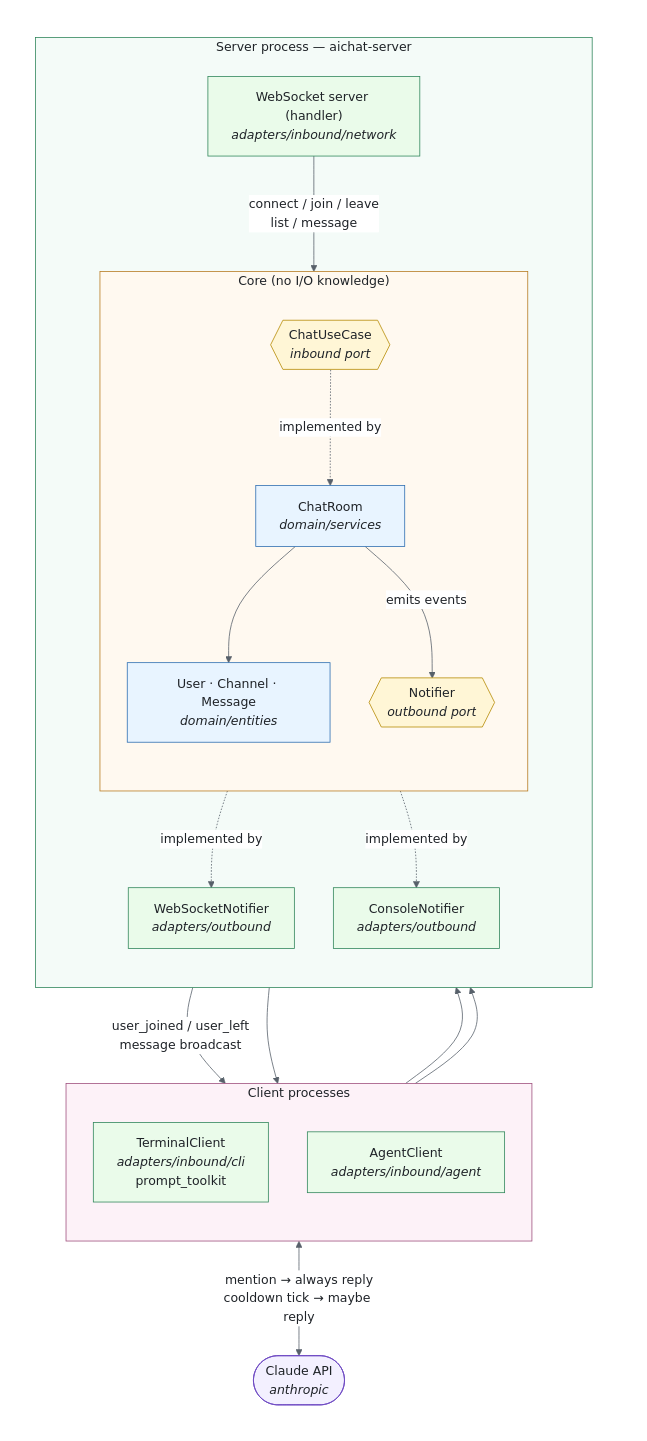
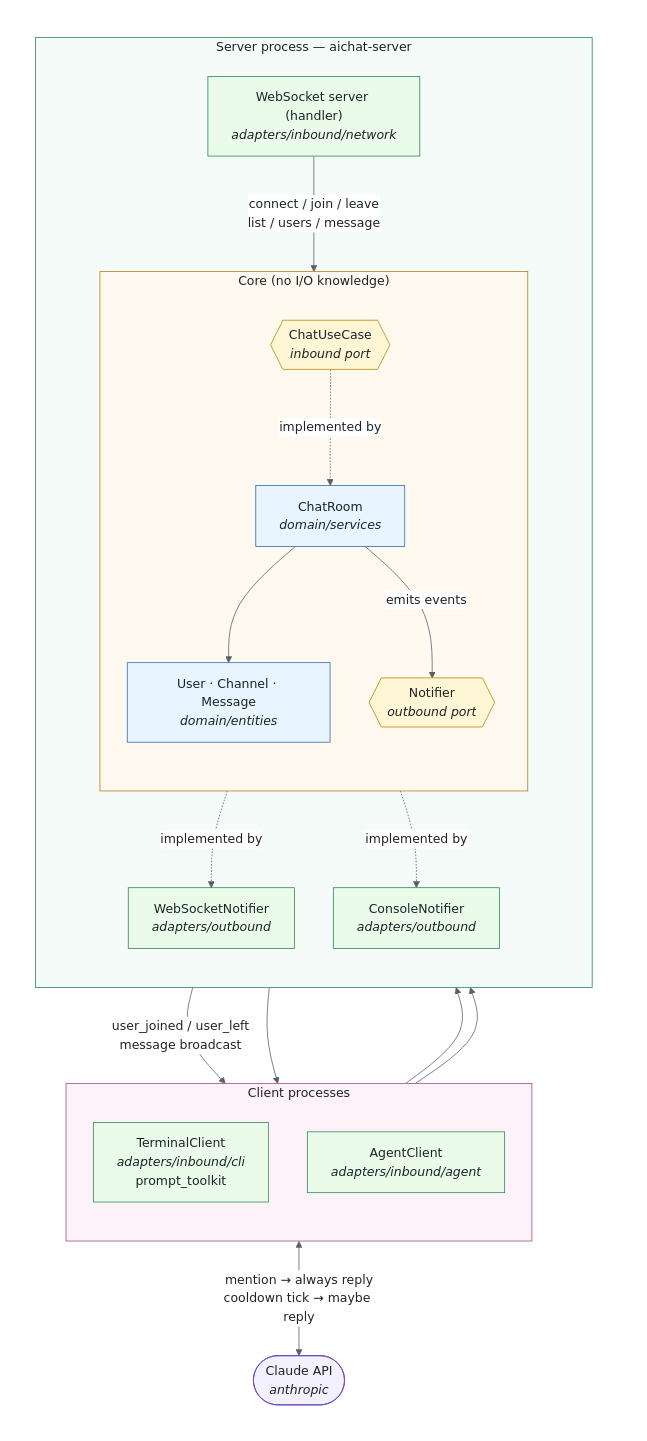
The diagram in README.md (michalcichon/ai-chat-room), drawn with Mermaid before and after one commit. The commit also changed other lines of this file and 7 other files, not shown here.

First line of the commit message:
Add /users command and give agents the user list (#8)

````diff
--- a/README.md
+++ b/README.md
@@ -47,76 +47,76 @@
 ```mermaid
 %%{init: {
   "theme": "base",
   "themeVariables": {
     "background": "#ffffff",
     "primaryColor": "#ffffff",
     "primaryTextColor": "#1f2328",
     "primaryBorderColor": "#57606a",
     "secondaryColor": "#ffffff",
     "tertiaryColor": "#ffffff",
     "mainBkg": "#ffffff",
     "textColor": "#1f2328",
     "lineColor": "#57606a",
     "edgeLabelBackground": "#ffffff",
     "clusterBkg": "#ffffff",
     "clusterBorder": "#8c959f",
     "titleColor": "#1f2328",
     "nodeTextColor": "#1f2328"
   }
 }}%%
 flowchart LR
     subgraph canvas[" "]
 
         subgraph clients["Client processes"]
             direction TB
             TC["TerminalClient<br/><i>adapters/inbound/cli</i><br/>prompt_toolkit"]
             AC["AgentClient<br/><i>adapters/inbound/agent</i>"]
         end
 
         API(["Claude API<br/><i>anthropic</i>"])
         AC <-->|"mention → always reply<br/>cooldown tick → maybe reply"| API
 
         subgraph server["Server process — aichat-server"]
             direction TB
 
             WS["WebSocket server (handler)<br/><i>adapters/inbound/network</i>"]
 
             subgraph core["Core (no I/O knowledge)"]
                 direction TB
                 IN{{"ChatUseCase<br/><i>inbound port</i>"}}
                 CR["ChatRoom<br/><i>domain/services</i>"]
                 ENT["User · Channel · Message<br/><i>domain/entities</i>"]
                 OUT{{"Notifier<br/><i>outbound port</i>"}}
                 IN -.->|implemented by| CR
                 CR --> ENT
                 CR -->|emits events| OUT
             end
 
             WSN["WebSocketNotifier<br/><i>adapters/outbound</i>"]
             CN["ConsoleNotifier<br/><i>adapters/outbound</i>"]
 
-            WS -->|"connect / join / leave<br/>list / message"| IN
+            WS -->|"connect / join / leave<br/>list / users / message"| IN
             OUT -.->|implemented by| WSN
             OUT -.->|implemented by| CN
         end
 
         TC --> WS
         AC --> WS
         WSN -->|"user_joined / user_left<br/>message broadcast"| TC
         WSN --> AC
     end
 
     classDef port fill:#fff6d6,stroke:#b58900,color:#1f2328
     classDef domain fill:#e8f4ff,stroke:#2b6cb0,color:#1f2328
     classDef adapter fill:#eafbea,stroke:#2f855a,color:#1f2328
     classDef ext fill:#f3f0ff,stroke:#6b46c1,color:#1f2328
     class IN,OUT port
     class CR,ENT domain
     class WS,WSN,CN,TC,AC adapter
     class API ext
 
     style canvas fill:#ffffff,stroke:#ffffff,color:#1f2328
     style clients fill:#fdf2f8,stroke:#9d4e7c,color:#1f2328
     style server fill:#f4fbf8,stroke:#2f855a,color:#1f2328
     style core fill:#fff9f0,stroke:#b7791f,color:#1f2328
 ```
````
